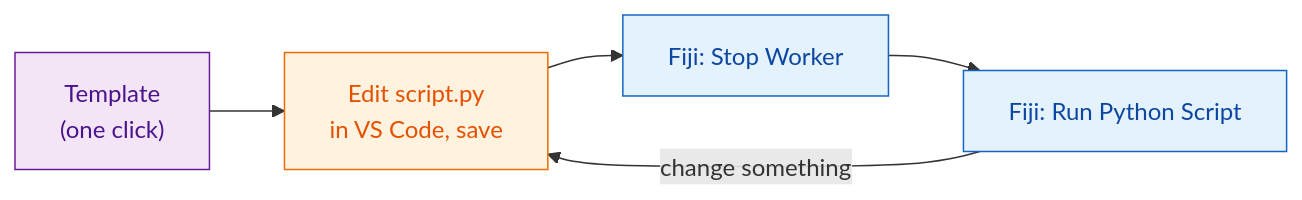
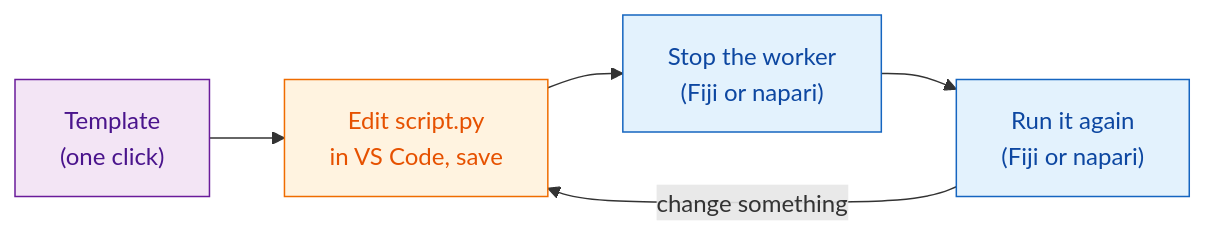
The diagram in guide/write/get-the-template.md (Oxford-Zeiss-Centre-of-Excellence/Wavu), drawn with Mermaid before and after one commit. The commit also changed other lines of this file and 70 other files, not shown here.

First line of the commit message:
docs(site): Oxford blue theme with partner logos; napari throughout "Write a script"; FAIR marketplace

````diff
--- a/guide/write/get-the-template.md
+++ b/guide/write/get-the-template.md
@@ -15,13 +17,13 @@
 ```mermaid
 flowchart LR
     T["Template<br/>(one click)"]:::env
     V["Edit script.py<br/>in VS Code, save"]:::script
-    S["Fiji: Stop Worker"]:::fiji
-    R["Fiji: Run Python Script"]:::fiji
+    S["Stop the worker<br/>(Fiji or napari)"]:::fiji
+    R["Run it again<br/>(Fiji or napari)"]:::fiji
     T --> V --> S --> R
     R -- "change something" --> V
 
     classDef fiji   fill:#e3f2fd,stroke:#1565c0,color:#0d47a1
     classDef script fill:#fff3e0,stroke:#ef6c00,color:#e65100
     classDef env    fill:#f3e5f5,stroke:#6a1b9a,color:#4a148c
 ```
````
